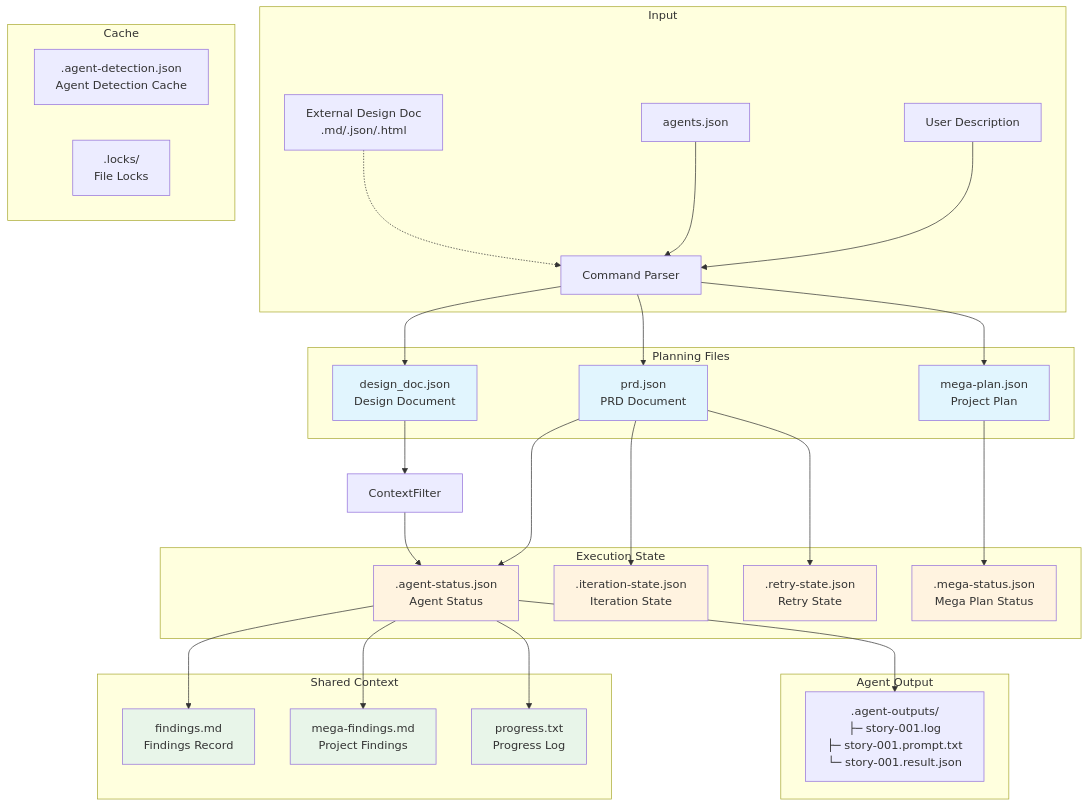
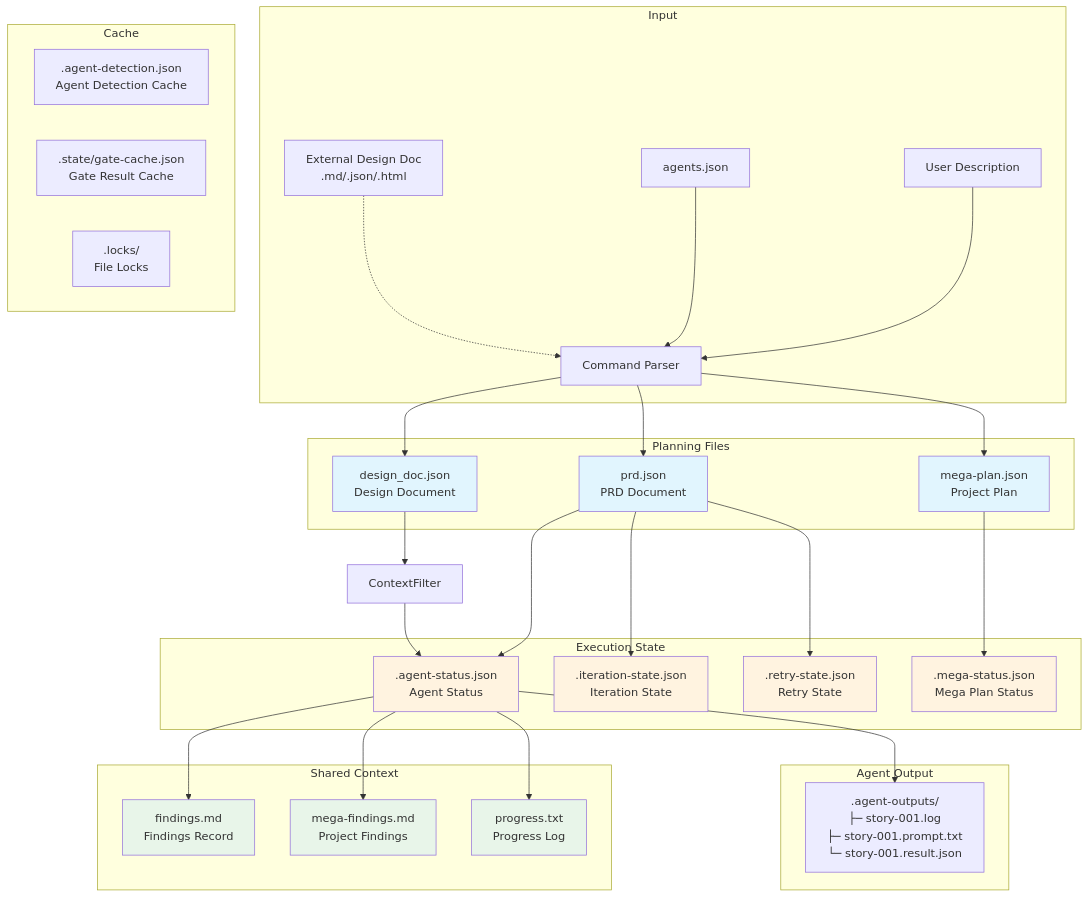
Before and after one commit to Taoidle/plan-cascade: diagram 13 of 13 in docs/System-Architecture.md, drawn with Mermaid. The commit also changed other lines of this file and 12 other files, not shown here.

````diff
--- a/docs/System-Architecture.md
+++ b/docs/System-Architecture.md
@@ -801,50 +810,51 @@
 ```mermaid
 graph TB
     subgraph "Input"
         U[User Description] --> CMD[Command Parser]
         CFG[agents.json] --> CMD
         EXT[External Design Doc<br/>.md/.json/.html] -.-> CMD
     end
 
     subgraph "Planning Files"
         CMD --> PRD[prd.json<br/>PRD Document]
         CMD --> MP[mega-plan.json<br/>Project Plan]
         CMD --> DD[design_doc.json<br/>Design Document]
     end
 
     subgraph "Execution State"
         PRD --> AS[.agent-status.json<br/>Agent Status]
         PRD --> IS[.iteration-state.json<br/>Iteration State]
         PRD --> RS[.retry-state.json<br/>Retry State]
         MP --> MS[.mega-status.json<br/>Mega Plan Status]
     end
 
     subgraph "Shared Context"
         AS --> FD[findings.md<br/>Findings Record]
         AS --> MF[mega-findings.md<br/>Project Findings]
         AS --> PG[progress.txt<br/>Progress Log]
     end
 
     subgraph "Agent Output"
         AS --> AO[.agent-outputs/<br/>├─ story-001.log<br/>├─ story-001.prompt.txt<br/>└─ story-001.result.json]
     end
 
     subgraph "Cache"
         AD[.agent-detection.json<br/>Agent Detection Cache]
+        GCF[.state/gate-cache.json<br/>Gate Result Cache]
         LK[.locks/<br/>File Locks]
     end
 
     DD --> CF[ContextFilter]
     CF --> AS
 
     style PRD fill:#e1f5fe
     style MP fill:#e1f5fe
     style DD fill:#e1f5fe
     style AS fill:#fff3e0
     style IS fill:#fff3e0
     style RS fill:#fff3e0
     style MS fill:#fff3e0
     style FD fill:#e8f5e9
     style MF fill:#e8f5e9
     style PG fill:#e8f5e9
 ```
````
